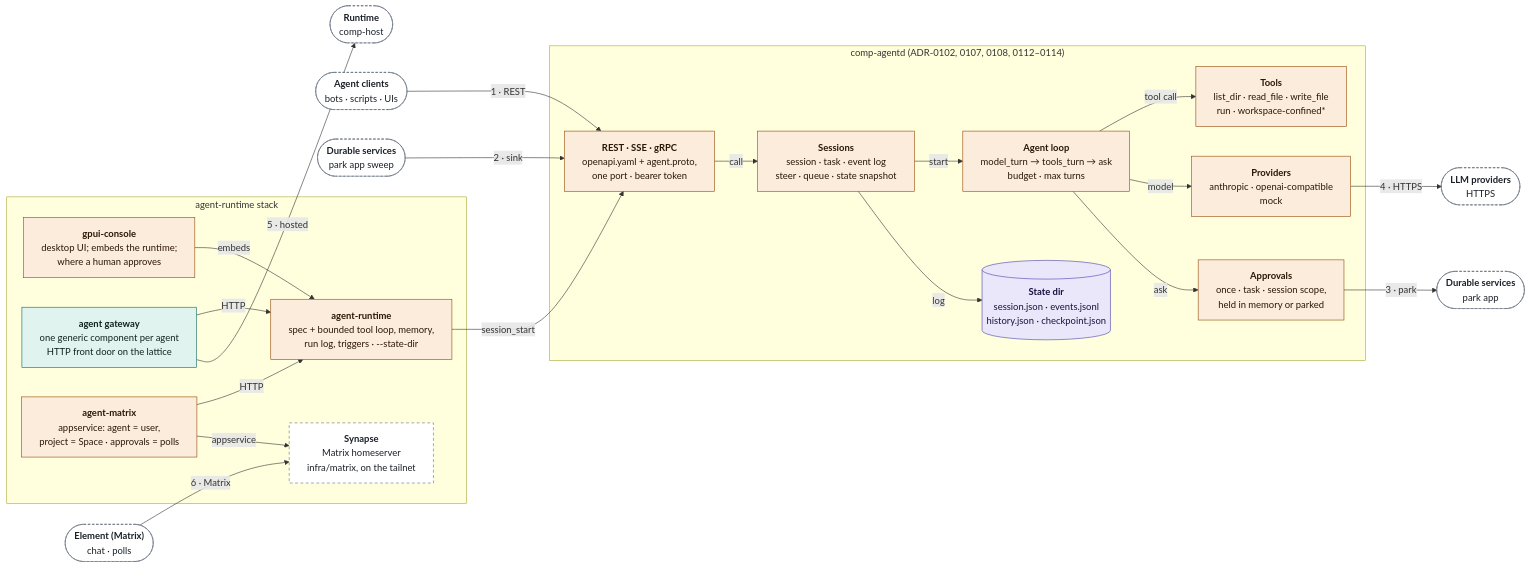
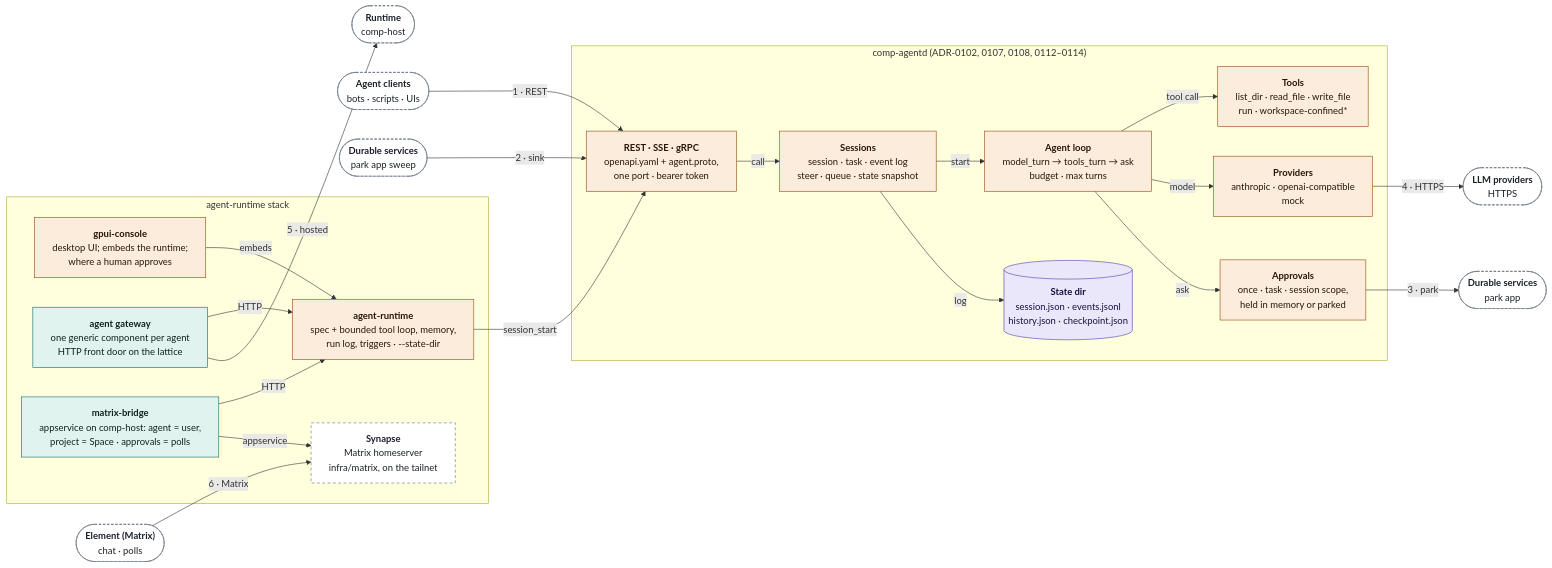
One commit to markkovari/holon changed the eighth of 11 diagrams in docs/ARCHITECTURE.md. Above: the diagram before and after it, drawn with Mermaid. The commit also changed other lines of this file and 39 other files, not shown here.

````diff
--- a/docs/ARCHITECTURE.md
+++ b/docs/ARCHITECTURE.md
@@ -523,50 +523,50 @@
 ```mermaid
 %%{init: {"flowchart": {"wrappingWidth": 360}}}%%
 flowchart LR
   classDef wasm fill:#e1f3ef,stroke:#0a6a5f,color:#10231f
   classDef native fill:#fbecdc,stroke:#954709,color:#2b1704
   classDef store fill:#eae7fa,stroke:#4a3fb0,color:#17123f
   classDef actor fill:#e4ebf7,stroke:#2a4977,color:#0f1d33
   classDef spec fill:#eef1f5,stroke:#465160,color:#1b2028
   classDef ext fill:#ffffff,stroke:#667180,color:#1b2028,stroke-dasharray:5 4
   classDef ghost fill:#ffffff,stroke:#667180,color:#1b2028,stroke-dasharray:4 3
   subgraph grp_ad["comp-agentd (ADR-0102, 0107, 0108, 0112–0114)"]
     n_tools["<b>Tools</b><br/>list_dir · read_file · write_file<br/>run · workspace-confined*"]:::native
     n_api["<b>REST · SSE · gRPC</b><br/>openapi.yaml + agent.proto,<br/>one port · bearer token"]:::native
     n_sess["<b>Sessions</b><br/>session · task · event log<br/>steer · queue · state snapshot"]:::native
     n_loop["<b>Agent loop</b><br/>model_turn → tools_turn → ask<br/>budget · max turns"]:::native
     n_prov["<b>Providers</b><br/>anthropic · openai-compatible<br/>mock"]:::native
     n_disk[("<b>State dir</b><br/>session.json · events.jsonl<br/>history.json · checkpoint.json")]:::store
     n_appr["<b>Approvals</b><br/>once · task · session scope,<br/>held in memory or parked"]:::native
   end
   subgraph grp_ar["agent-runtime stack"]
     n_gpui["<b>gpui-console</b><br/>desktop UI; embeds the runtime;<br/>where a human approves"]:::native
     n_rt["<b>agent-runtime</b><br/>spec + bounded tool loop, memory,<br/>run log, triggers · --state-dir"]:::native
     n_gw["<b>agent gateway</b><br/>one generic component per agent<br/>HTTP front door on the lattice"]:::wasm
     n_syn["<b>Synapse</b><br/>Matrix homeserver<br/>infra/matrix, on the tailnet"]:::ext
-    n_mx["<b>agent-matrix</b><br/>appservice: agent = user,<br/>project = Space · approvals = polls"]:::native
+    n_mx["<b>matrix-bridge</b><br/>appservice on comp-host: agent = user,<br/>project = Space · approvals = polls"]:::wasm
   end
   n_g_cl(["<b>Agent clients</b><br/>bots · scripts · UIs"]):::ghost
   n_g_res(["<b>Durable services</b><br/>park app sweep"]):::ghost
   n_g_park(["<b>Durable services</b><br/>park app"]):::ghost
   n_g_llm(["<b>LLM providers</b><br/>HTTPS"]):::ghost
   n_g_run(["<b>Runtime</b><br/>comp-host"]):::ghost
   n_g_el(["<b>Element (Matrix)</b><br/>chat · polls"]):::ghost
   n_api -- "call" --> n_sess
   n_sess -- "start" --> n_loop
   n_loop -- "tool call" --> n_tools
   n_loop -- "model" --> n_prov
   n_loop -- "ask" --> n_appr
   n_sess -- "log" --> n_disk
   n_gpui -- "embeds" --> n_rt
   n_gw -- "HTTP" --> n_rt
   n_mx -- "HTTP" --> n_rt
   n_mx -- "appservice" --> n_syn
   n_rt -- "session_start" --> n_api
   n_g_cl -- "1 · REST" --> n_api
   n_g_res -- "2 · sink" --> n_api
   n_appr -- "3 · park" --> n_g_park
   n_prov -- "4 · HTTPS" --> n_g_llm
   n_gw -- "5 · hosted" --> n_g_run
   n_g_el -- "6 · Matrix" --> n_syn
 ```
````
